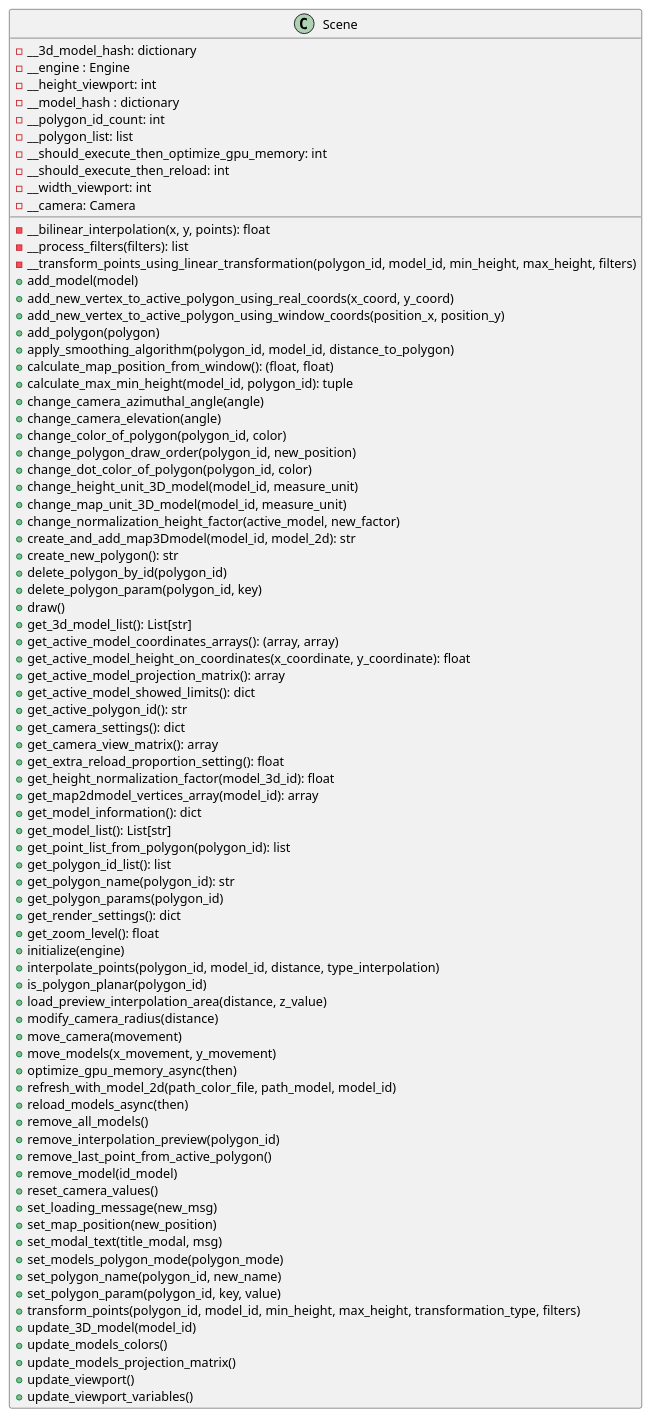
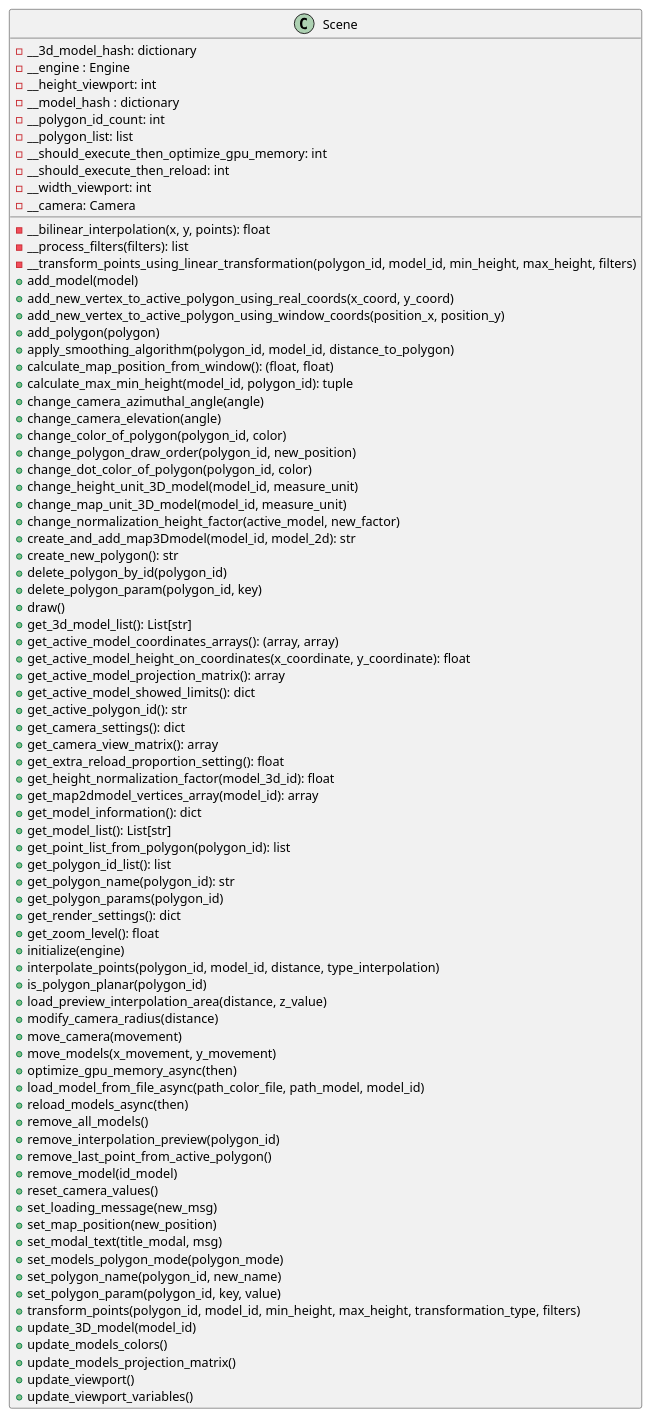
Before and after one commit to ferpoble2/Relief_Creator: the diagram in docs/classes/Scene.puml, drawn with PlantUML.

Commit message:
Updated dcocs.

```diff
--- a/docs/classes/Scene.puml
+++ b/docs/classes/Scene.puml
@@ -1,84 +1,84 @@
 @startuml
             class Scene{
                 - __bilinear_interpolation(x, y, points): float
                 - __process_filters(filters): list
                 - __transform_points_using_linear_transformation(polygon_id, model_id, min_height, max_height, filters)
                 + add_model(model)
                 + add_new_vertex_to_active_polygon_using_real_coords(x_coord, y_coord)
                 + add_new_vertex_to_active_polygon_using_window_coords(position_x, position_y)
                 + add_polygon(polygon)
                 + apply_smoothing_algorithm(polygon_id, model_id, distance_to_polygon)
                 + calculate_map_position_from_window(): (float, float)
                 + calculate_max_min_height(model_id, polygon_id): tuple
                 + change_camera_azimuthal_angle(angle)
                 + change_camera_elevation(angle)
                 + change_color_of_polygon(polygon_id, color)
                 + change_polygon_draw_order(polygon_id, new_position)
                 + change_dot_color_of_polygon(polygon_id, color)
                 + change_height_unit_3D_model(model_id, measure_unit)
                 + change_map_unit_3D_model(model_id, measure_unit)
                 + change_normalization_height_factor(active_model, new_factor)
                 + create_and_add_map3Dmodel(model_id, model_2d): str
                 + create_new_polygon(): str
                 + delete_polygon_by_id(polygon_id)
                 + delete_polygon_param(polygon_id, key)
                 + draw()
                 + get_3d_model_list(): List[str]
                 + get_active_model_coordinates_arrays(): (array, array)
                 + get_active_model_height_on_coordinates(x_coordinate, y_coordinate): float
                 + get_active_model_projection_matrix(): array
                 + get_active_model_showed_limits(): dict
                 + get_active_polygon_id(): str
                 + get_camera_settings(): dict
                 + get_camera_view_matrix(): array
                 + get_extra_reload_proportion_setting(): float
                 + get_height_normalization_factor(model_3d_id): float
                 + get_map2dmodel_vertices_array(model_id): array
                 + get_model_information(): dict
                 + get_model_list(): List[str]
                 + get_point_list_from_polygon(polygon_id): list
                 + get_polygon_id_list(): list
                 + get_polygon_name(polygon_id): str
                 + get_polygon_params(polygon_id)
                 + get_render_settings(): dict
                 + get_zoom_level(): float
                 + initialize(engine)
                 + interpolate_points(polygon_id, model_id, distance, type_interpolation)
                 + is_polygon_planar(polygon_id)
                 + load_preview_interpolation_area(distance, z_value)
                 + modify_camera_radius(distance)
                 + move_camera(movement)
                 + move_models(x_movement, y_movement)
                 + optimize_gpu_memory_async(then)
-                + refresh_with_model_2d(path_color_file, path_model, model_id)
+                + load_model_from_file_async(path_color_file, path_model, model_id)
                 + reload_models_async(then)
                 + remove_all_models()
                 + remove_interpolation_preview(polygon_id)
                 + remove_last_point_from_active_polygon()
                 + remove_model(id_model)
                 + reset_camera_values()
                 + set_loading_message(new_msg)
                 + set_map_position(new_position)
                 + set_modal_text(title_modal, msg)
                 + set_models_polygon_mode(polygon_mode)
                 + set_polygon_name(polygon_id, new_name)
                 + set_polygon_param(polygon_id, key, value)
                 + transform_points(polygon_id, model_id, min_height, max_height, transformation_type, filters)
                 + update_3D_model(model_id)
                 + update_models_colors()
                 + update_models_projection_matrix()
                 + update_viewport()
                 + update_viewport_variables()
 
                 - __3d_model_hash: dictionary
                 - __engine : Engine
                 - __height_viewport: int
                 - __model_hash : dictionary
                 - __polygon_id_count: int
                 - __polygon_list: list
                 - __should_execute_then_optimize_gpu_memory: int
                 - __should_execute_then_reload: int
                 - __width_viewport: int
                 - __camera: Camera
             }
 @enduml
```
